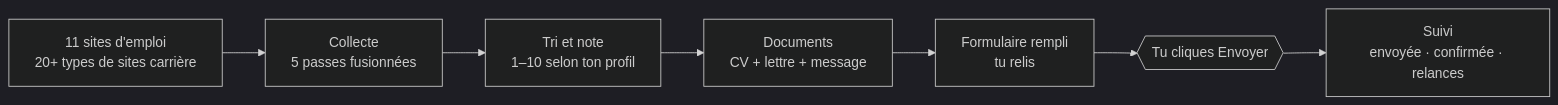
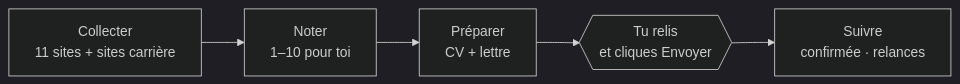
The diagram in README.fr.md (Grisbix/JobHunter), drawn with Mermaid (dark theme) before and after one commit. The commit also changed 1 other file, not shown here.

Commit message:
README: a shorter pipeline diagram, legible on GitHub

````diff
--- a/README.fr.md
+++ b/README.fr.md
@@ -62,9 +62,7 @@
 ```mermaid
 flowchart LR
-    A[11 sites d'emploi<br/>20+ types de sites carrière] --> B[Collecte<br/>5 passes fusionnées]
-    B --> C[Tri et note<br/>1–10 selon ton profil]
-    C --> D[Documents<br/>CV + lettre + message]
-    D --> E[Formulaire rempli<br/>tu relis]
-    E --> F{{Tu cliques Envoyer}}
-    F --> G[Suivi<br/>envoyée · confirmée · relances]
+    A[Collecter<br/>11 sites + sites carrière] --> B[Noter<br/>1–10 pour toi]
+    B --> C[Préparer<br/>CV + lettre]
+    C --> D{{Tu relis<br/>et cliques Envoyer}}
+    D --> E[Suivre<br/>confirmée · relances]
 ```
````
